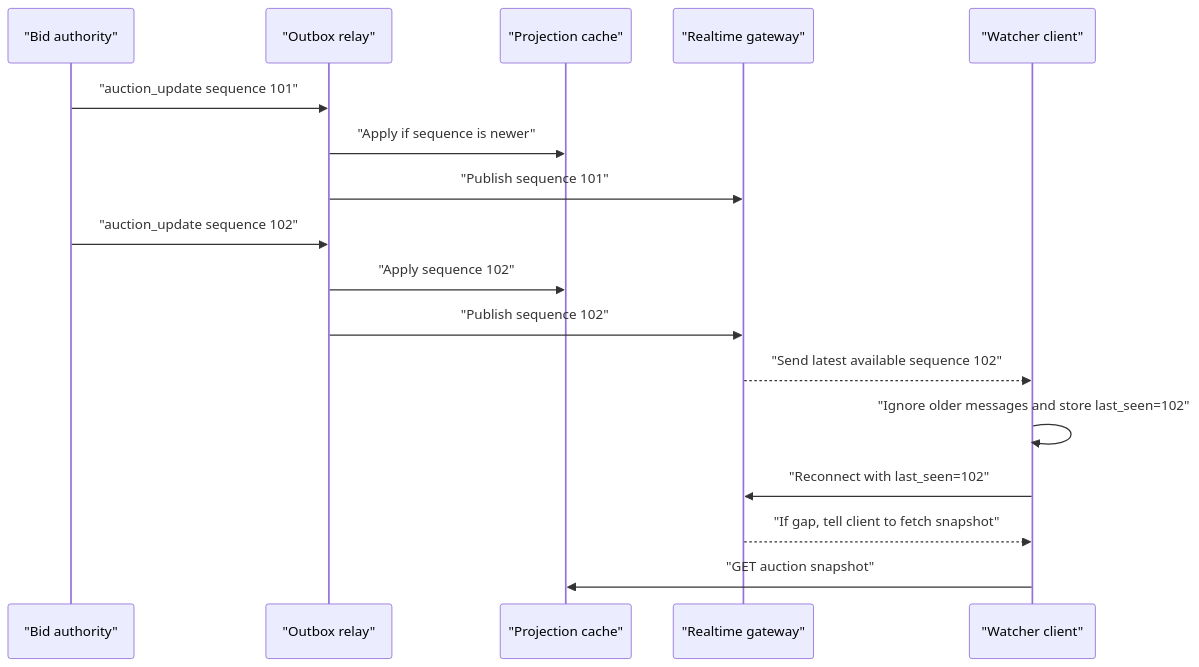
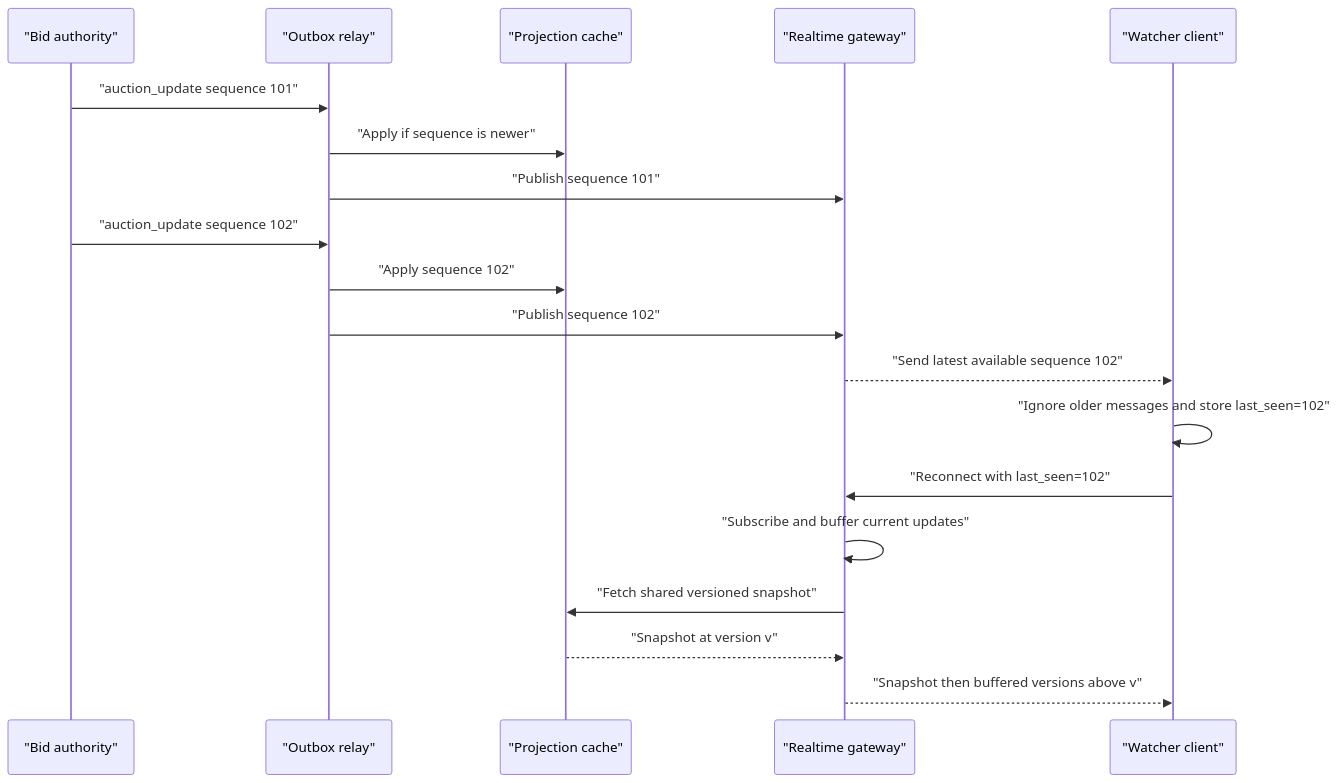
The fifth of 5 diagrams in online-auction-system-design.md (Pranshu258/system-design), drawn with Mermaid before and after one commit. The commit also changed other lines of this file and 23 other files, not shown here.

````diff
--- a/online-auction-system-design.md
+++ b/online-auction-system-design.md
@@ -317,19 +329,21 @@
 ```mermaid
 sequenceDiagram
     participant E as "Bid authority"
     participant O as "Outbox relay"
     participant P as "Projection cache"
     participant G as "Realtime gateway"
     participant W as "Watcher client"
     E->>O: "auction_update sequence 101"
     O->>P: "Apply if sequence is newer"
     O->>G: "Publish sequence 101"
     E->>O: "auction_update sequence 102"
     O->>P: "Apply sequence 102"
     O->>G: "Publish sequence 102"
     G-->>W: "Send latest available sequence 102"
     W->>W: "Ignore older messages and store last_seen=102"
     W->>G: "Reconnect with last_seen=102"
-    G-->>W: "If gap, tell client to fetch snapshot"
-    W->>P: "GET auction snapshot"
+    G->>G: "Subscribe and buffer current updates"
+    G->>P: "Fetch shared versioned snapshot"
+    P-->>G: "Snapshot at version v"
+    G-->>W: "Snapshot then buffered versions above v"
 ```
````
